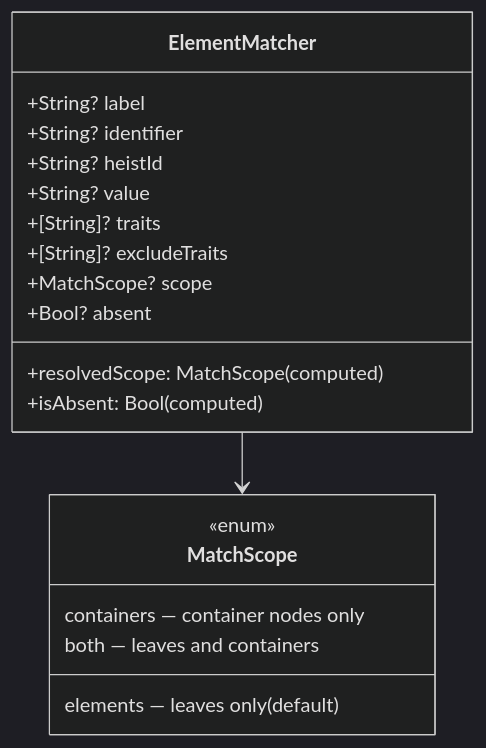
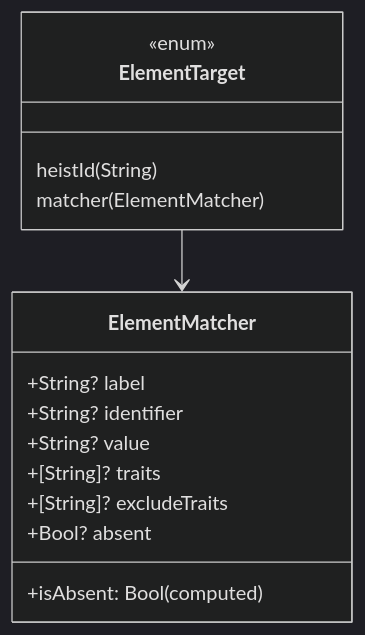
The fourth of 7 diagrams in docs/dossiers/01-THESCORE.md (RoyalPineapple/TheButtonHeist), drawn with Mermaid (dark theme) before and after one commit. The commit also changed other lines of this file and 61 other files, not shown here.

````diff
--- a/docs/dossiers/01-THESCORE.md
+++ b/docs/dossiers/01-THESCORE.md
@@ -164,24 +165,20 @@
 ```mermaid
 classDiagram
+    class ElementTarget {
+        <<enum>>
+        heistId(String)
+        matcher(ElementMatcher)
+    }
+
     class ElementMatcher {
         +String? label
         +String? identifier
-        +String? heistId
         +String? value
         +[String]? traits
         +[String]? excludeTraits
-        +MatchScope? scope
         +Bool? absent
-        +resolvedScope: MatchScope (computed)
         +isAbsent: Bool (computed)
     }
 
-    class MatchScope {
-        <<enum>>
-        elements — leaves only (default)
-        containers — container nodes only
-        both — leaves and containers
-    }
-
-    ElementMatcher --> MatchScope
+    ElementTarget --> ElementMatcher
 ```
````
